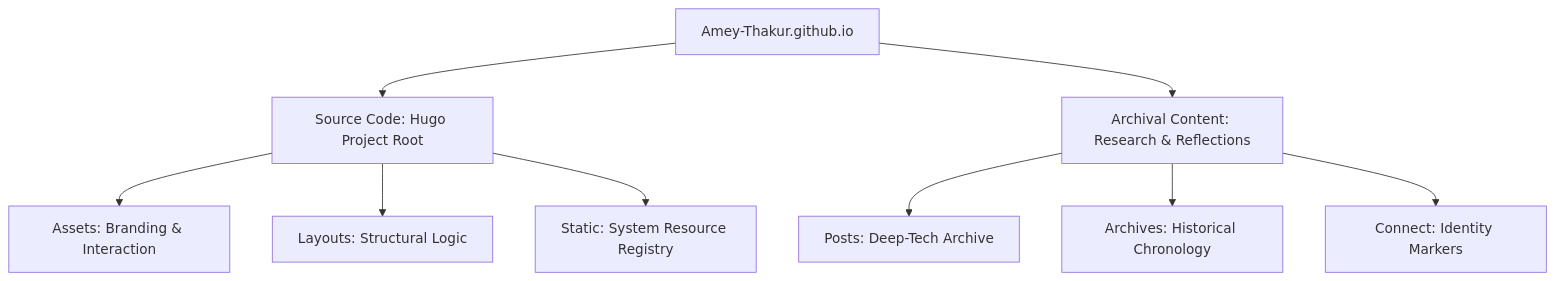
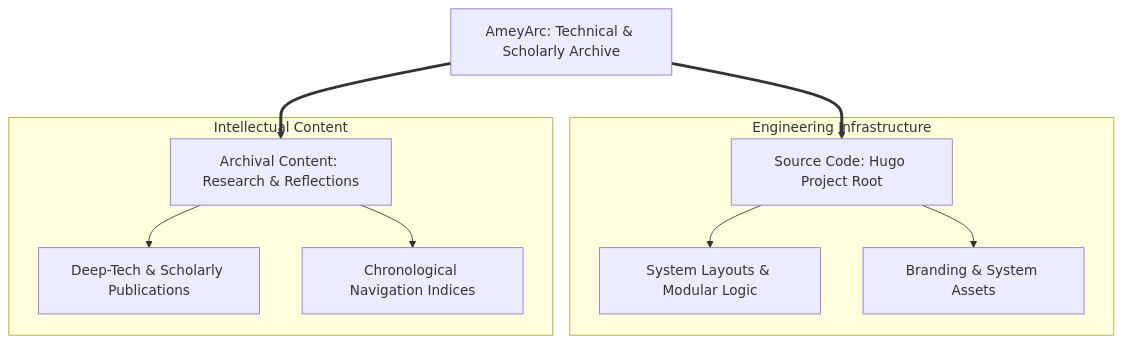
The diagram in README.md (Amey-Thakur/Amey-Thakur.github.io), drawn with Mermaid before and after one commit.

Commit message:
Amey's Arc

````diff
--- a/README.md
+++ b/README.md
@@ -58,13 +58,27 @@
 ```mermaid
 graph TD
-    Root[Amey-Thakur.github.io] --> Source[Source Code: Hugo Project Root]
-    Root --> Content[Archival Content: Research & Reflections]
+    %% Global Entry Point
+    Root["AmeyArc: Technical & Scholarly Archive"]
     
-    Source --> Assets[Assets: Branding & Interaction]
-    Source --> Layouts[Layouts: Structural Logic]
-    Source --> Static[Static: System Resource Registry]
+    subgraph "Engineering Infrastructure"
+        Source["Source Code: Hugo Project Root"]
+        Logic["System Layouts & Modular Logic"]
+        Static["Branding & System Assets"]
+    end
     
-    Content --> Posts[Posts: Deep-Tech Archive]
-    Content --> Archives[Archives: Historical Chronology]
-    Content --> Connect[Connect: Identity Markers]
+    subgraph "Intellectual Content"
+        Content["Archival Content: Research & Reflections"]
+        Research["Deep-Tech & Scholarly Publications"]
+        History["Chronological Navigation Indices"]
+    end
+    
+    %% Architectural Relationships
+    Root ==> Source
+    Root ==> Content
+    
+    Source --> Logic
+    Source --> Static
+    
+    Content --> Research
+    Content --> History
 ```
````
